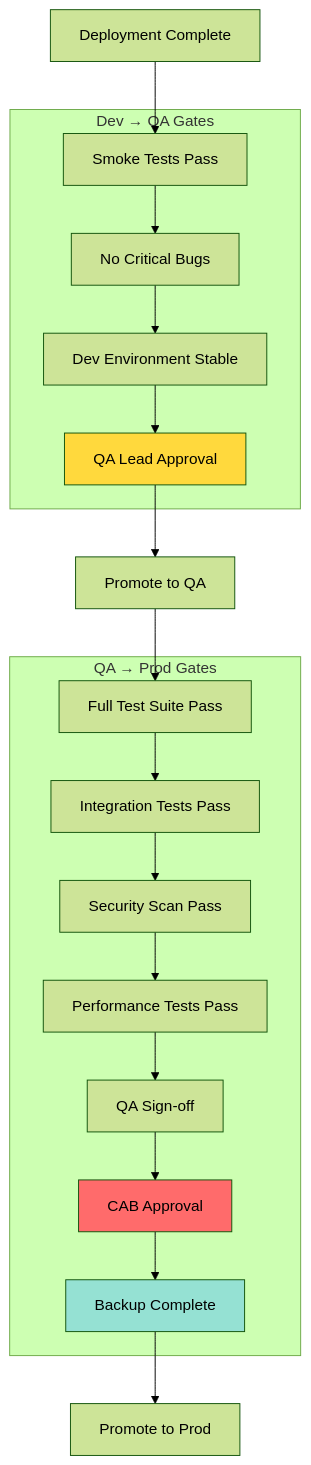
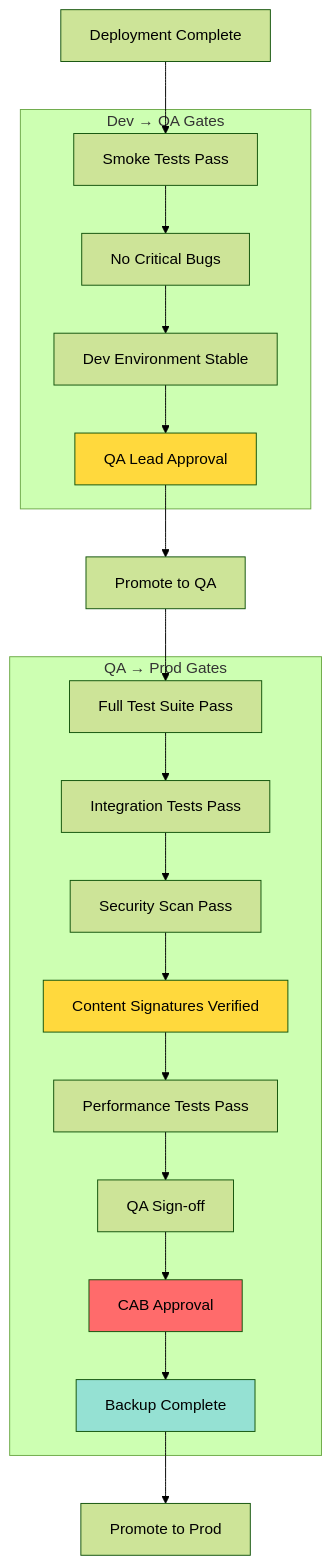
One commit to djdanielsson/rh1-docs changed the ninth of 17 diagrams in docs/diagrams/PROMOTION-FLOW.md. Above: the diagram before and after it, drawn with Mermaid (forest theme). The commit also changed 12 other files, not shown here.

````diff
--- a/docs/diagrams/PROMOTION-FLOW.md
+++ b/docs/diagrams/PROMOTION-FLOW.md
@@ -390,38 +390,41 @@
 ```mermaid
 graph TB
     subgraph "Dev → QA Gates"
         G1[Smoke Tests Pass]
         G2[No Critical Bugs]
         G3[Dev Environment Stable]
         G4[QA Lead Approval]
     end
 
     subgraph "QA → Prod Gates"
         G5[Full Test Suite Pass]
         G6[Integration Tests Pass]
         G7[Security Scan Pass]
+        G7B[Content Signatures Verified]
         G8[Performance Tests Pass]
         G9[QA Sign-off]
         G10[CAB Approval]
         G11[Backup Complete]
     end
 
     START[Deployment Complete] --> G1
     G1 --> G2
     G2 --> G3
     G3 --> G4
     G4 --> PROMOTE_QA[Promote to QA]
 
     PROMOTE_QA --> G5
     G5 --> G6
     G6 --> G7
-    G7 --> G8
+    G7 --> G7B
+    G7B --> G8
     G8 --> G9
     G9 --> G10
     G10 --> G11
     G11 --> PROMOTE_PROD[Promote to Prod]
 
+    style G7B fill:#ffd93d
     style G4 fill:#ffd93d
     style G10 fill:#ff6b6b
     style G11 fill:#95e1d3
 ```
````
